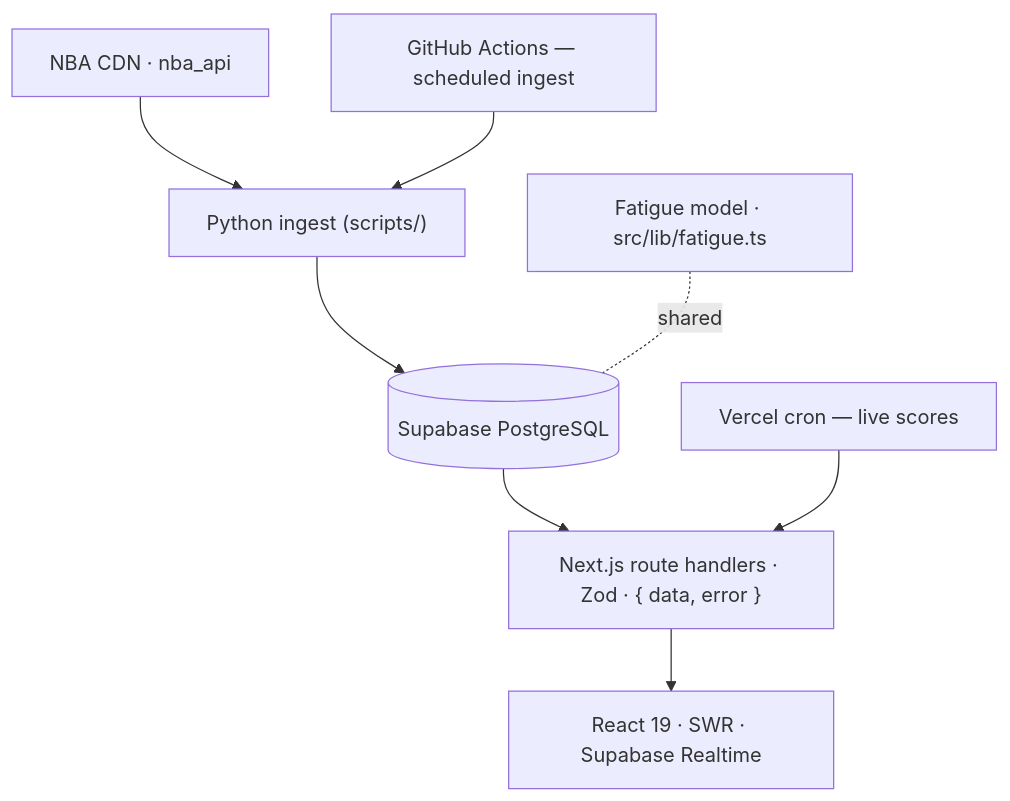
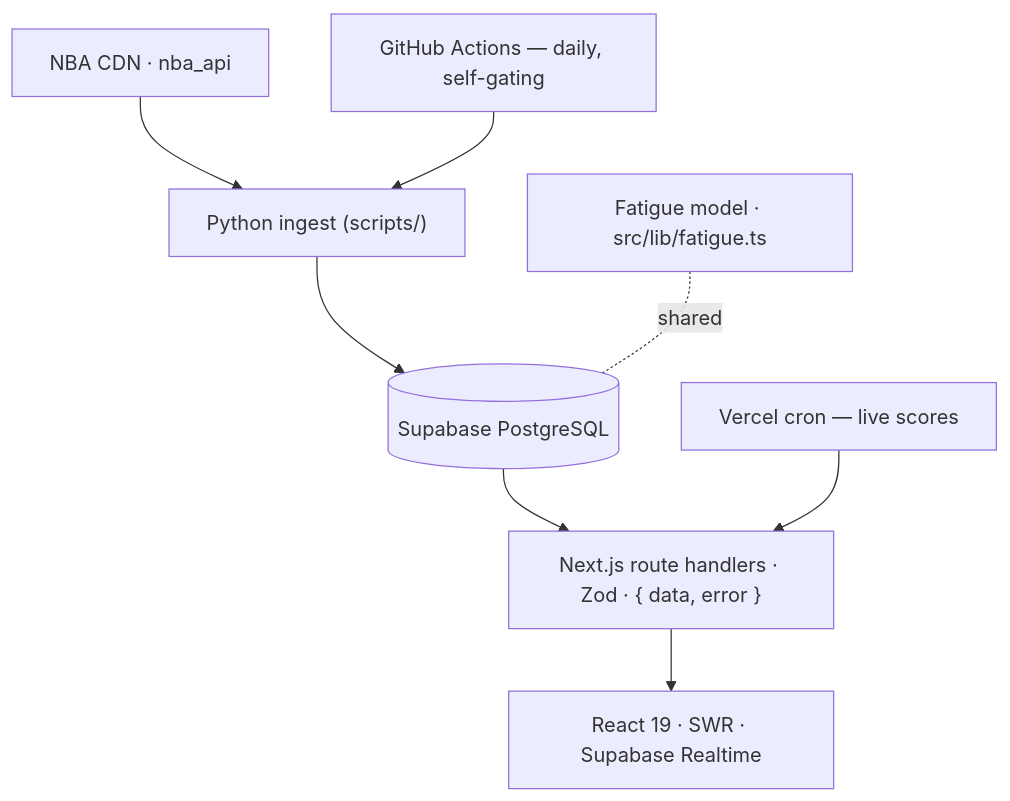
One commit to mhju0/fullcourt changed the diagram in README.md. Above: the diagram before and after it, drawn with Mermaid. The commit also changed other lines of this file, not shown here.

Commit message:
docs: rewrite portfolio README (NBA-only, self-gating pipeline, accurate stack, drift-proof metrics)

````diff
--- a/README.md
+++ b/README.md
@@ -37,10 +37,10 @@
 ```mermaid
 flowchart TD
     src["NBA CDN · nba_api"] --> ingest["Python ingest (scripts/)"]
     ingest --> db[("Supabase PostgreSQL")]
     model["Fatigue model · src/lib/fatigue.ts"] -. shared .- db
     db --> api["Next.js route handlers · Zod · { data, error }"]
     api --> ui["React 19 · SWR · Supabase Realtime"]
-    cron["GitHub Actions — scheduled ingest"] --> ingest
+    cron["GitHub Actions — daily, self-gating"] --> ingest
     vercel["Vercel cron — live scores"] --> api
 ```
````
